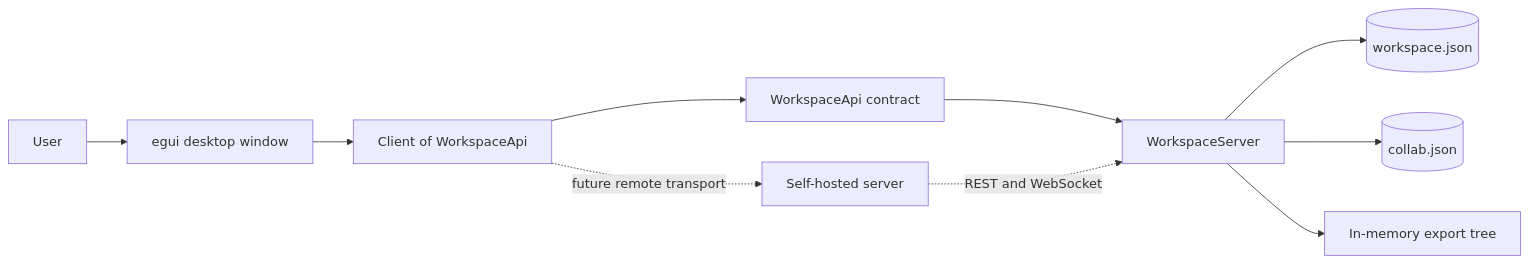
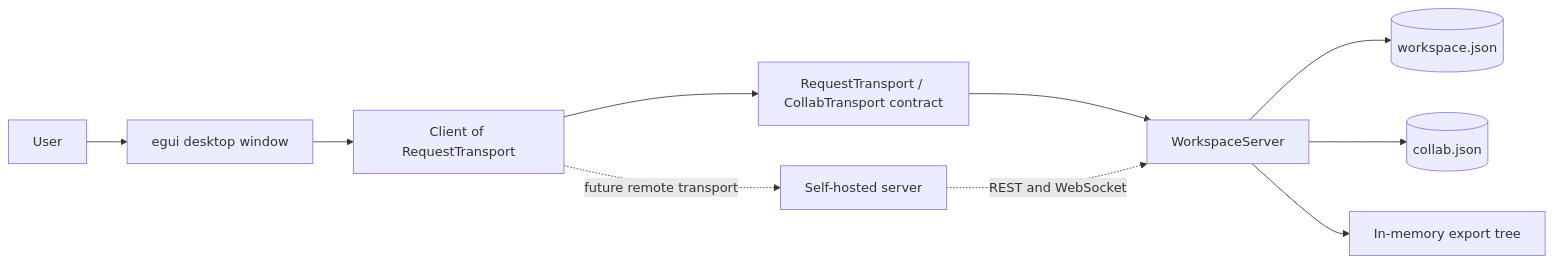
The first of 8 diagrams in docs/architecture.md (lunagcezar/ion-of-notes), drawn with Mermaid before and after one commit. The commit also changed other lines of this file and 30 other files, not shown here.

````diff
--- a/docs/architecture.md
+++ b/docs/architecture.md
@@ -15,12 +15,12 @@
 ```mermaid
 flowchart LR
     User[User] --> Window[egui desktop window]
-    Window --> Client[Client of WorkspaceApi]
-    Client --> API[WorkspaceApi contract]
+    Window --> Client[Client of RequestTransport]
+    Client --> API[RequestTransport / CollabTransport contract]
     API --> Server[WorkspaceServer]
     Server --> Workspace[(workspace.json)]
     Server --> Collab[(collab.json)]
     Server --> Export[In-memory export tree]
     Client -. future remote transport .-> Remote[Self-hosted server]
     Remote -. REST and WebSocket .-> Server
 ```
````
